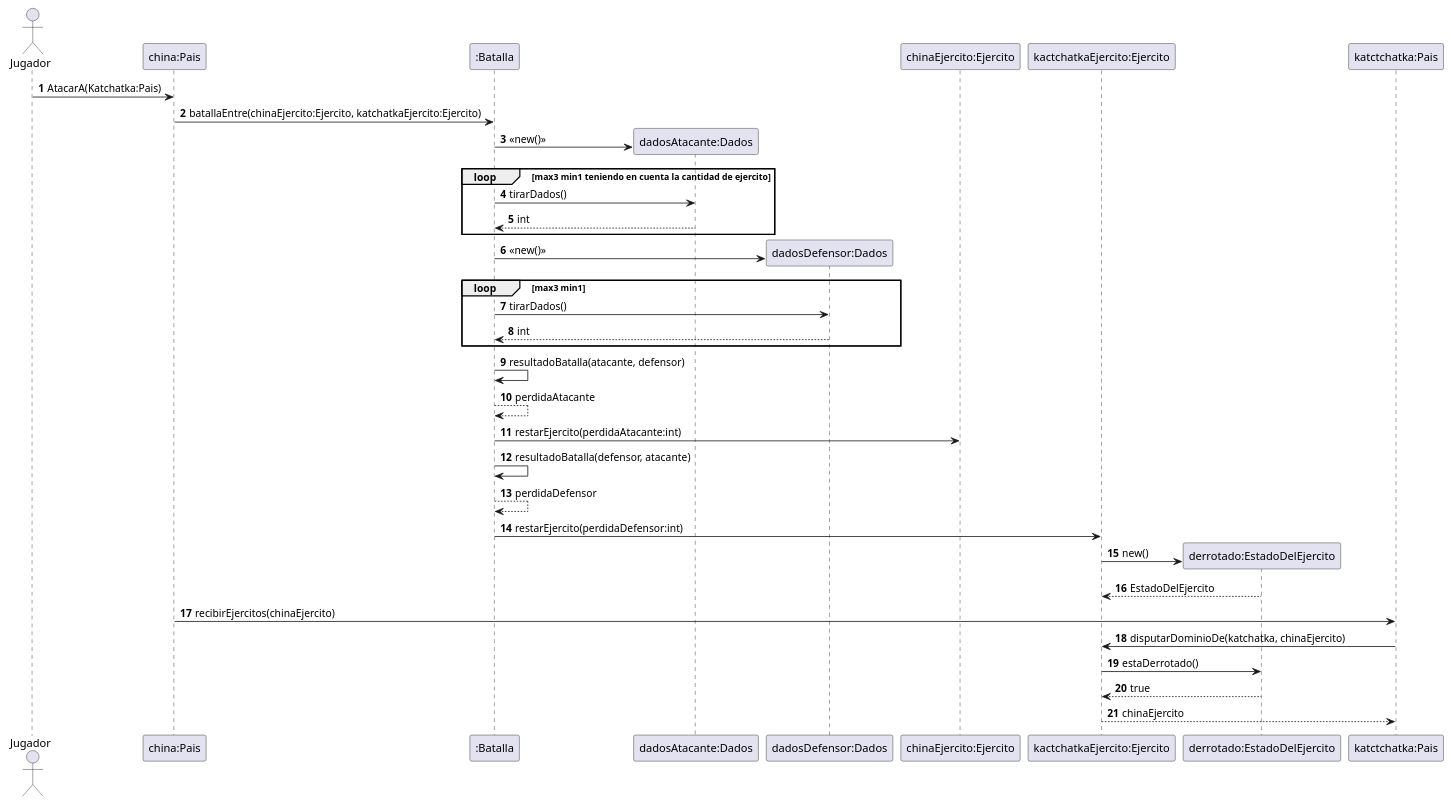
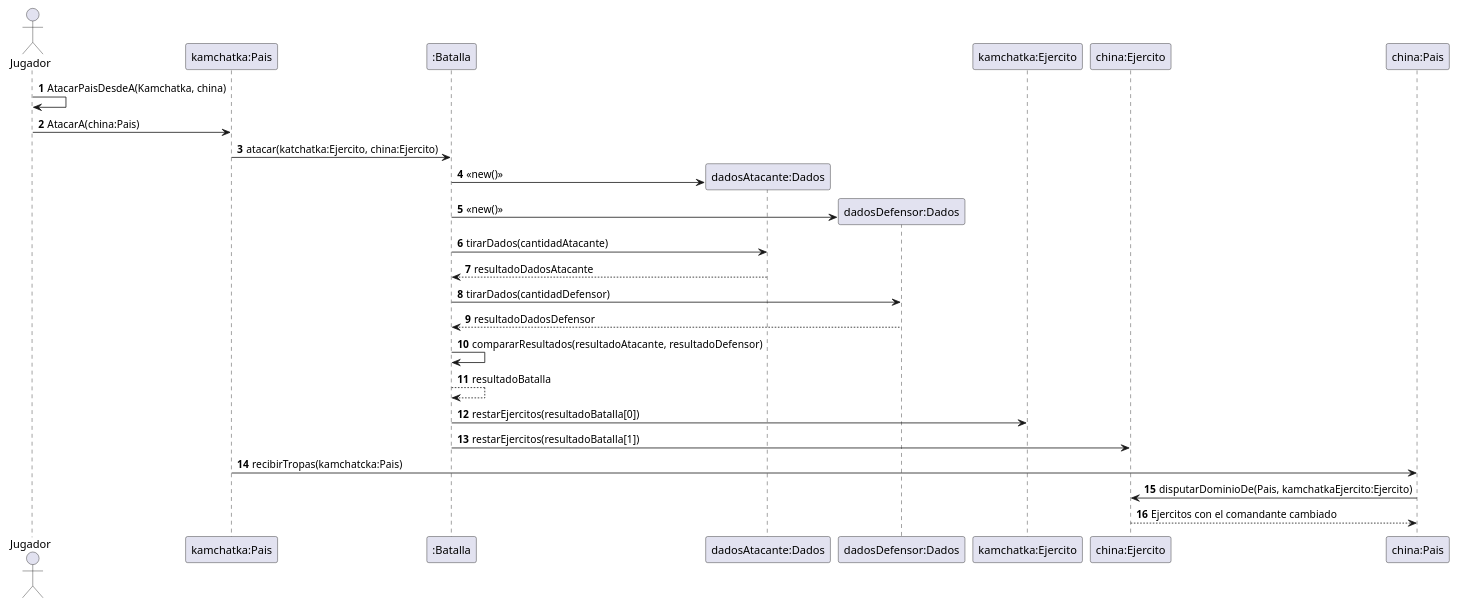
The diagram in Diagramas/AtaqueAOtroPais.puml (julia-valdo/Algoritmos-3.TP2), drawn with PlantUML before and after one commit. The commit also changed 1 other file, not shown here.

Commit message:
cambio en los diagramas
cambios en los diagramas para que sigan la implementacion

```diff
--- a/Diagramas/AtaqueAOtroPais.puml
+++ b/Diagramas/AtaqueAOtroPais.puml
@@ -1,49 +1,34 @@
 @startuml
 'https://plantuml.com/sequence-diagram
 
 autonumber
 'Gana Jugador 1'
 Actor Jugador
+Jugador -> Jugador: AtacarPaisDesdeA(Kamchatka, china)
 
-Jugador -> "china:Pais": AtacarA(Katchatka:Pais)
-"china:Pais" -> ":Batalla":batallaEntre(chinaEjercito:Ejercito, katchatkaEjercito:Ejercito)
+Jugador -> "kamchatka:Pais": AtacarA(china:Pais)
+
+"kamchatka:Pais" -> ":Batalla": atacar(katchatka:Ejercito, china:Ejercito)
 
 ":Batalla" -> "dadosAtacante:Dados" **:<<new()>>
-
-loop max3 min1 teniendo en cuenta la cantidad de ejercito
-
-":Batalla" -> "dadosAtacante:Dados": tirarDados()
-return int
-
-end
-
 ":Batalla" -> "dadosDefensor:Dados" **:<<new()>>
 
-loop max3 min1
+":Batalla" -> "dadosAtacante:Dados": tirarDados(cantidadAtacante)
+return resultadoDadosAtacante
 
-":Batalla" -> "dadosDefensor:Dados": tirarDados()
-return int
+":Batalla" -> "dadosDefensor:Dados": tirarDados(cantidadDefensor)
+return resultadoDadosDefensor
 
-end
+":Batalla" -> ":Batalla" : compararResultados(resultadoAtacante, resultadoDefensor)
+return resultadoBatalla
 
-":Batalla" -> ":Batalla" : resultadoBatalla(atacante, defensor)
-return perdidaAtacante
+":Batalla" -> "kamchatka:Ejercito" : restarEjercitos(resultadoBatalla[0])
 
-":Batalla" -> "chinaEjercito:Ejercito":restarEjercito(perdidaAtacante:int)
+":Batalla" -> "china:Ejercito" : restarEjercitos(resultadoBatalla[1])
 
 
-":Batalla" -> ":Batalla" : resultadoBatalla(defensor, atacante)
-return perdidaDefensor
+"kamchatka:Pais" ->"china:Pais" :recibirTropas(kamchatcka:Pais)
+"china:Pais" -> "china:Ejercito": disputarDominioDe(Pais, kamchatkaEjercito:Ejercito)
 
-":Batalla" -> "kactchatkaEjercito:Ejercito":restarEjercito(perdidaDefensor:int)
-"kactchatkaEjercito:Ejercito" -> "derrotado:EstadoDelEjercito" **:new()
-return EstadoDelEjercito
-
-"china:Pais" -> "katctchatka:Pais": recibirEjercitos(chinaEjercito)
-"katctchatka:Pais" -> "kactchatkaEjercito:Ejercito": disputarDominioDe(katchatka, chinaEjercito)
-"kactchatkaEjercito:Ejercito" -> "derrotado:EstadoDelEjercito": estaDerrotado()
-return true
-"kactchatkaEjercito:Ejercito" --> "katctchatka:Pais": chinaEjercito
-
-
+return Ejercitos con el comandante cambiado
 @enduml
```
